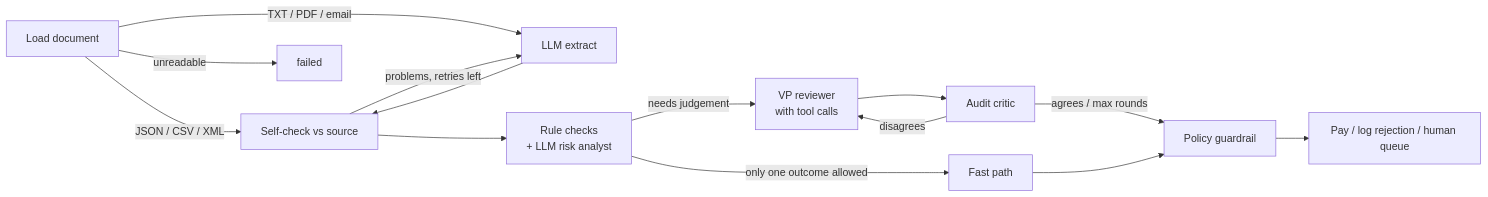
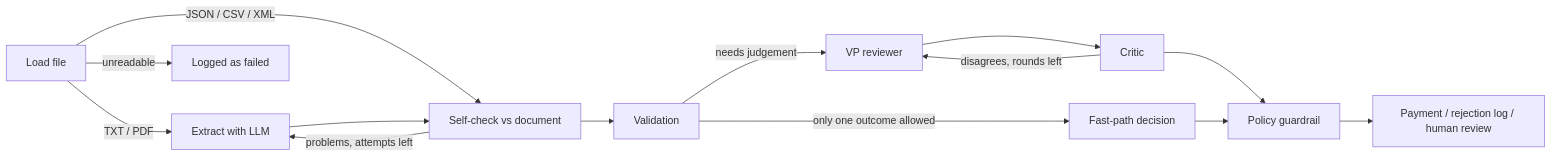
The diagram in README.md (devyanshnegi/galatiq-case-invoices), drawn with Mermaid before and after one commit. The commit also changed other lines of this file and 19 other files, not shown here.

````diff
--- a/README.md
+++ b/README.md
@@ -126,16 +68,16 @@
 ```mermaid
 flowchart LR
-    load[Load document] -->|JSON / CSV / XML| qa
-    load -->|TXT / PDF / email| extract[LLM extract]
-    load -->|unreadable| failed
-    extract --> qa[Self-check vs source]
-    qa -->|problems, retries left| extract
-    qa --> validate[Rule checks<br/>+ LLM risk analyst]
-    validate -->|only one outcome allowed| fast[Fast path]
-    validate -->|needs judgement| review[VP reviewer<br/>with tool calls]
-    review --> critic[Audit critic]
-    critic -->|disagrees| review
-    critic -->|agrees / max rounds| guard[Policy guardrail]
-    fast --> guard
-    guard --> pay[Pay / log rejection / human queue]
+    L[Load file] -->|TXT / PDF| X[Extract with LLM]
+    L -->|JSON / CSV / XML| S[Self-check vs document]
+    L -->|unreadable| FAIL[Logged as failed]
+    X --> S
+    S -->|problems, attempts left| X
+    S --> V[Validation]
+    V -->|only one outcome allowed| P[Fast-path decision]
+    V -->|needs judgement| R[VP reviewer]
+    R --> C[Critic]
+    C -->|disagrees, rounds left| R
+    C --> G[Policy guardrail]
+    P --> G
+    G --> PAY[Payment / rejection log / human review]
 ```
````
